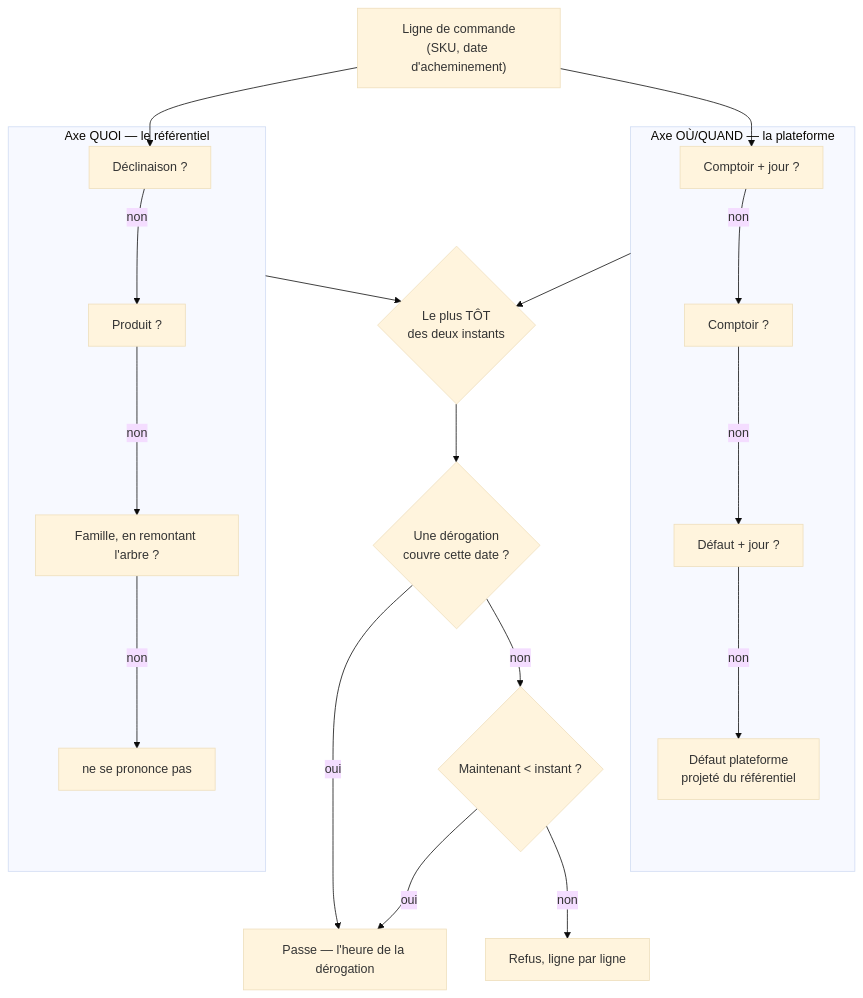
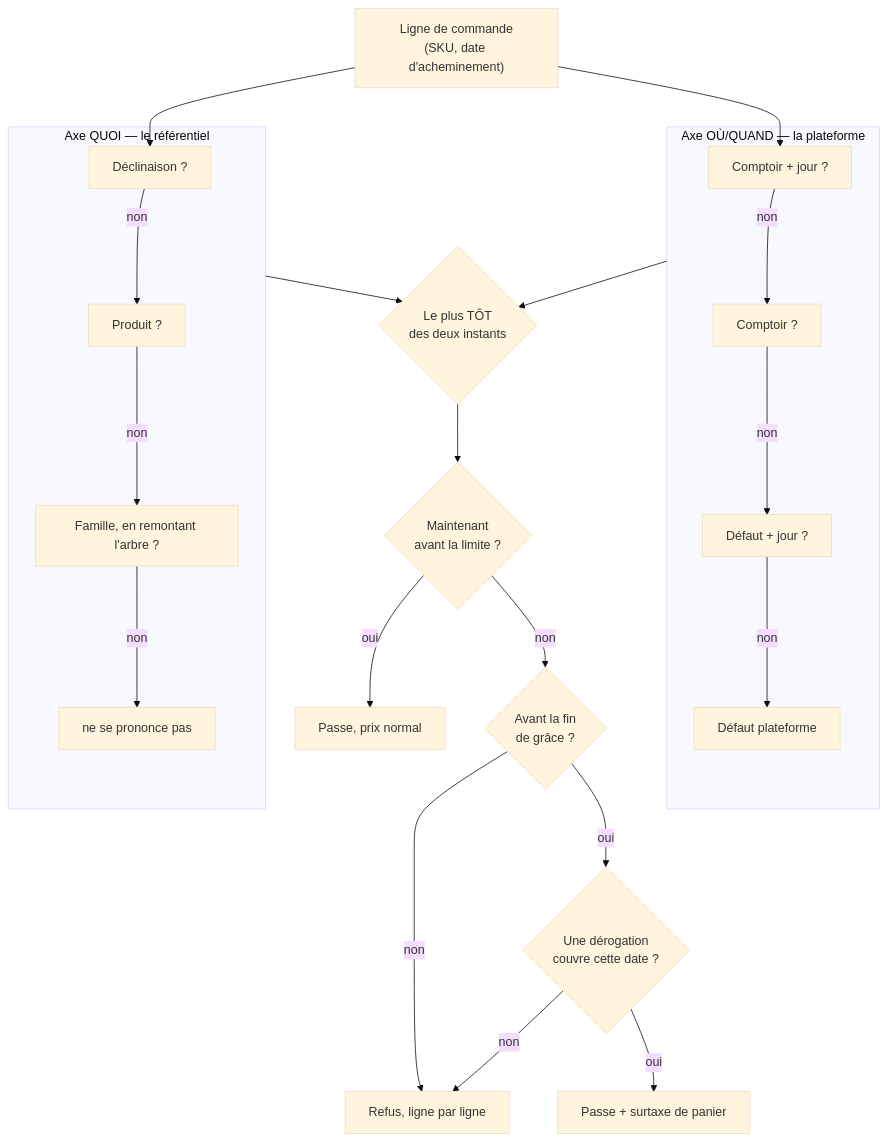
One commit to hugoheynard/lfd changed the diagram in documentation/b2b/architecture-heure-limite-de-commande.md. Above: the diagram before and after it, drawn with Mermaid (base theme). The commit also changed other lines of this file and 1 other file, not shown here.

````diff
--- a/documentation/b2b/architecture-heure-limite-de-commande.md
+++ b/documentation/b2b/architecture-heure-limite-de-commande.md
@@ -81,25 +150,27 @@
 ```mermaid
 flowchart TD
     L["Ligne de commande<br/>(SKU, date d'acheminement)"] --> Q
     L --> O
 
     subgraph QUOI["Axe QUOI — le référentiel"]
         Q["Déclinaison ?"] -->|non| P["Produit ?"]
         P -->|non| C["Famille, en remontant l'arbre ?"]
         C -->|non| RIEN["ne se prononce pas"]
     end
 
     subgraph OU["Axe OÙ/QUAND — la plateforme"]
         O["Comptoir + jour ?"] -->|non| O2["Comptoir ?"]
         O2 -->|non| O3["Défaut + jour ?"]
-        O3 -->|non| O4["Défaut plateforme<br/>projeté du référentiel"]
+        O3 -->|non| O4["Défaut plateforme"]
     end
 
     QUOI --> MIN{"Le plus TÔT<br/>des deux instants"}
     OU --> MIN
-    MIN --> W{"Une dérogation<br/>couvre cette date ?"}
-    W -->|oui| OK["Passe — l'heure de la dérogation"]
-    W -->|non| CMP{"Maintenant &lt; instant ?"}
-    CMP -->|oui| OK
-    CMP -->|non| KO["Refus, ligne par ligne"]
+    MIN --> CMP{"Maintenant<br/>avant la limite ?"}
+    CMP -->|oui| OK["Passe, prix normal"]
+    CMP -->|non| G{"Avant la fin<br/>de grâce ?"}
+    G -->|non| KO["Refus, ligne par ligne"]
+    G -->|oui| W{"Une dérogation<br/>couvre cette date ?"}
+    W -->|non| KO
+    W -->|oui| TAX["Passe + surtaxe de panier"]
 ```
````
